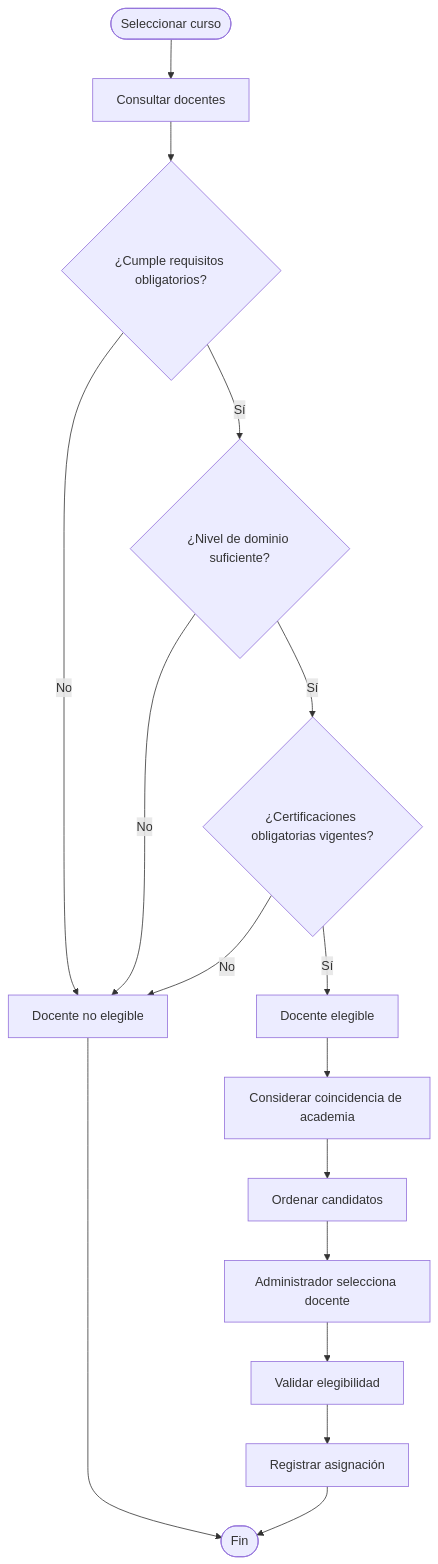
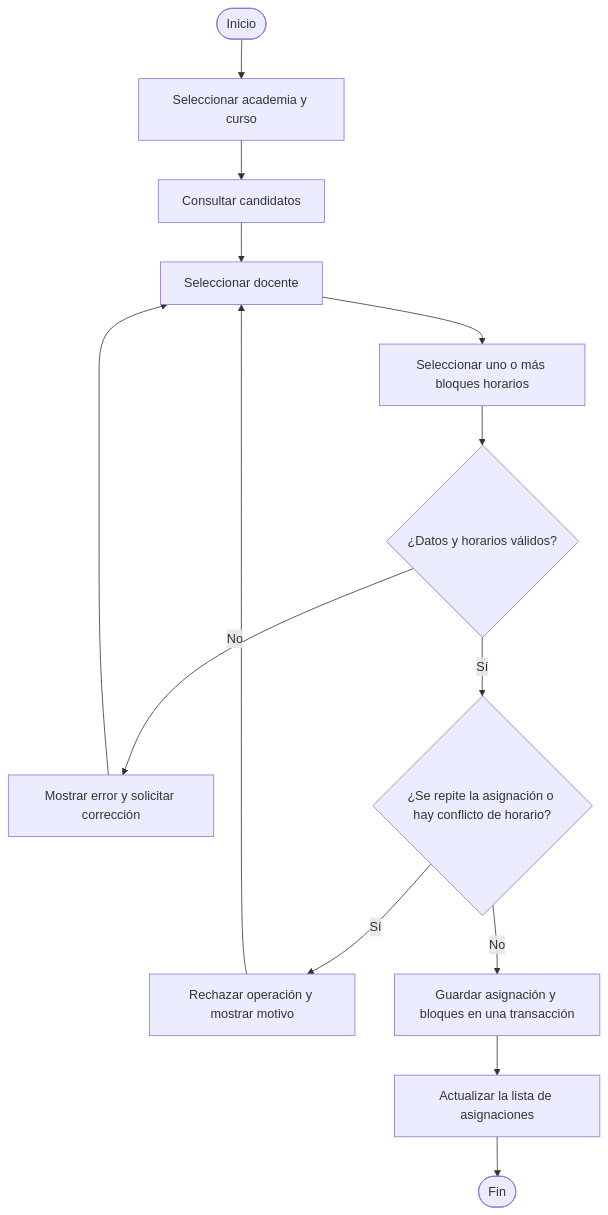
One commit to kevin-coronado-carmona-201398/sistema-gestion-docentes changed the first of 2 diagrams in levantamiento_requerimientos.md. Above: the diagram before and after it, drawn with Mermaid. The commit also changed other lines of this file and 2 other files, not shown here.

````diff
--- a/levantamiento_requerimientos.md
+++ b/levantamiento_requerimientos.md
@@ -1165,50 +420,16 @@
 ```mermaid
 flowchart TD
-
-    INICIO([Seleccionar curso])
-
-    CONSULTAR[Consultar docentes]
-
-    REQ{¿Cumple requisitos obligatorios?}
-
-    DOM{¿Nivel de dominio suficiente?}
-
-    CERT{¿Certificaciones obligatorias vigentes?}
-
-    ELEGIBLE[Docente elegible]
-
-    NO[Docente no elegible]
-
-    ORDENAR[Ordenar candidatos]
-
-    ACADEMIA[Considerar coincidencia de academia]
-
-    SELECCIONAR[Administrador selecciona docente]
-
-    VALIDAR[Validar elegibilidad]
-
-    ASIGNAR[Registrar asignación]
-
-    FIN([Fin])
-
-    INICIO --> CONSULTAR
-    CONSULTAR --> REQ
-
-    REQ -- No --> NO
-    REQ -- Sí --> DOM
-
-    DOM -- No --> NO
-    DOM -- Sí --> CERT
-
-    CERT -- No --> NO
-    CERT -- Sí --> ELEGIBLE
-
-    ELEGIBLE --> ACADEMIA
-    ACADEMIA --> ORDENAR
-    ORDENAR --> SELECCIONAR
-    SELECCIONAR --> VALIDAR
-    VALIDAR --> ASIGNAR
-    ASIGNAR --> FIN
-
-    NO --> FIN
+    A([Inicio]) --> B[Seleccionar academia y curso]
+    B --> C[Consultar candidatos]
+    C --> D[Seleccionar docente]
+    D --> E[Seleccionar uno o más bloques horarios]
+    E --> F{¿Datos y horarios válidos?}
+    F -- No --> G[Mostrar error y solicitar corrección]
+    G --> D
+    F -- Sí --> H{¿Se repite la asignación o hay conflicto de horario?}
+    H -- Sí --> I[Rechazar operación y mostrar motivo]
+    I --> D
+    H -- No --> J[Guardar asignación y bloques en una transacción]
+    J --> K[Actualizar la lista de asignaciones]
+    K --> L([Fin])
 ```
````
